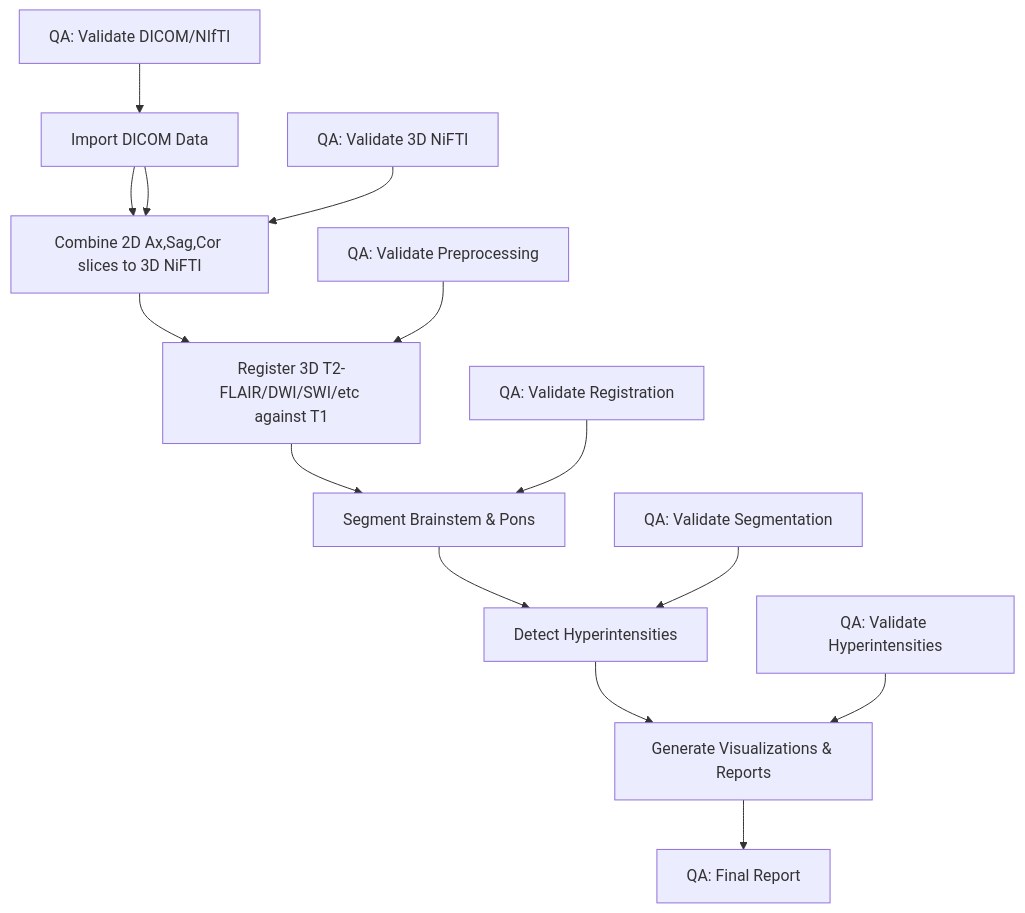
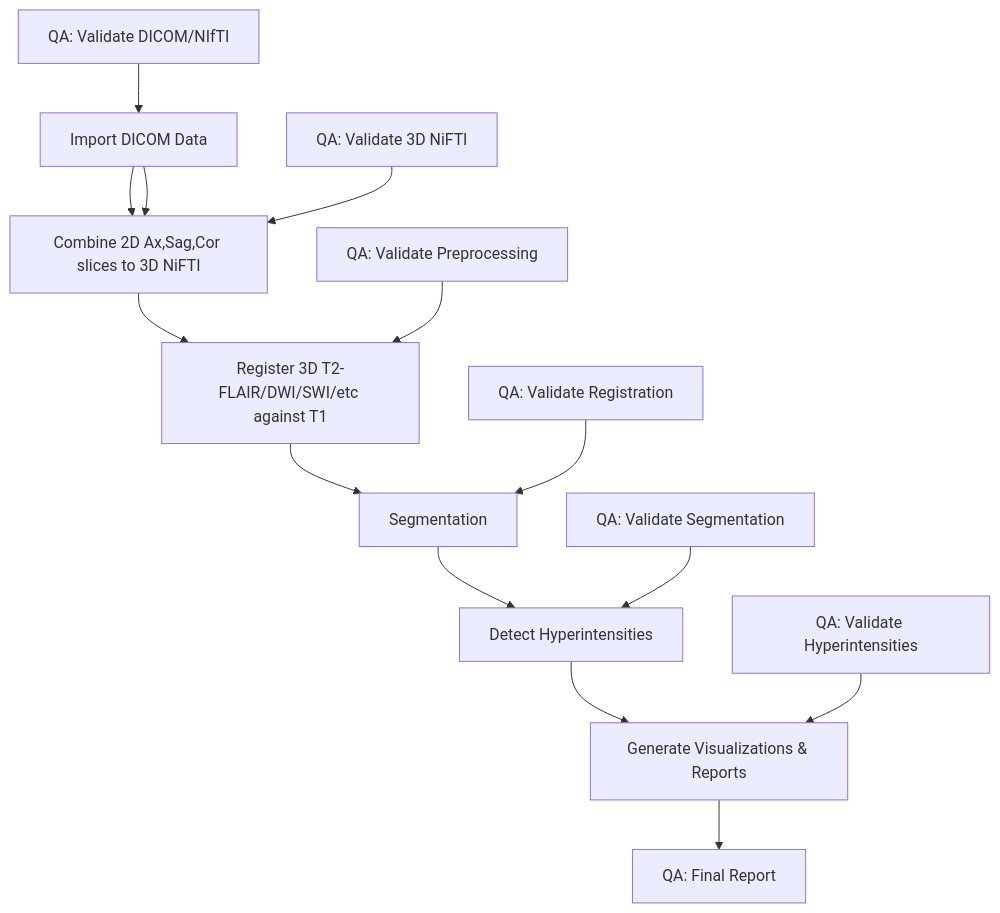
The diagram in README.md (myztery-neuroimg/brainstemx-full), drawn with Mermaid before and after one commit. The commit also changed other lines of this file, not shown here.

````diff
--- a/README.md
+++ b/README.md
@@ -30,17 +32,17 @@
 ```mermaid
 graph TD
     A[Import DICOM Data] --> B[Preprocess Images]
     A --> B[Combine 2D Ax,Sag,Cor slices to 3D NiFTI]
     B --> C[Register 3D T2-FLAIR/DWI/SWI/etc against T1]
-    C --> D[Segment Brainstem & Pons]
+    C --> D[Segmentation]
     D --> E[Detect Hyperintensities]
     E --> F[Generate Visualizations & Reports]
     
     QA1[QA: Validate DICOM/NIfTI] --> A
     QA1.5[QA: Validate 3D NiFTI] --> B
     QA2[QA: Validate Preprocessing] --> C
     QA3[QA: Validate Registration] --> D
     QA4[QA: Validate Segmentation] --> E
     QA5[QA: Validate Hyperintensities] --> F
     F --> QA6[QA: Final Report]
 ```
````
